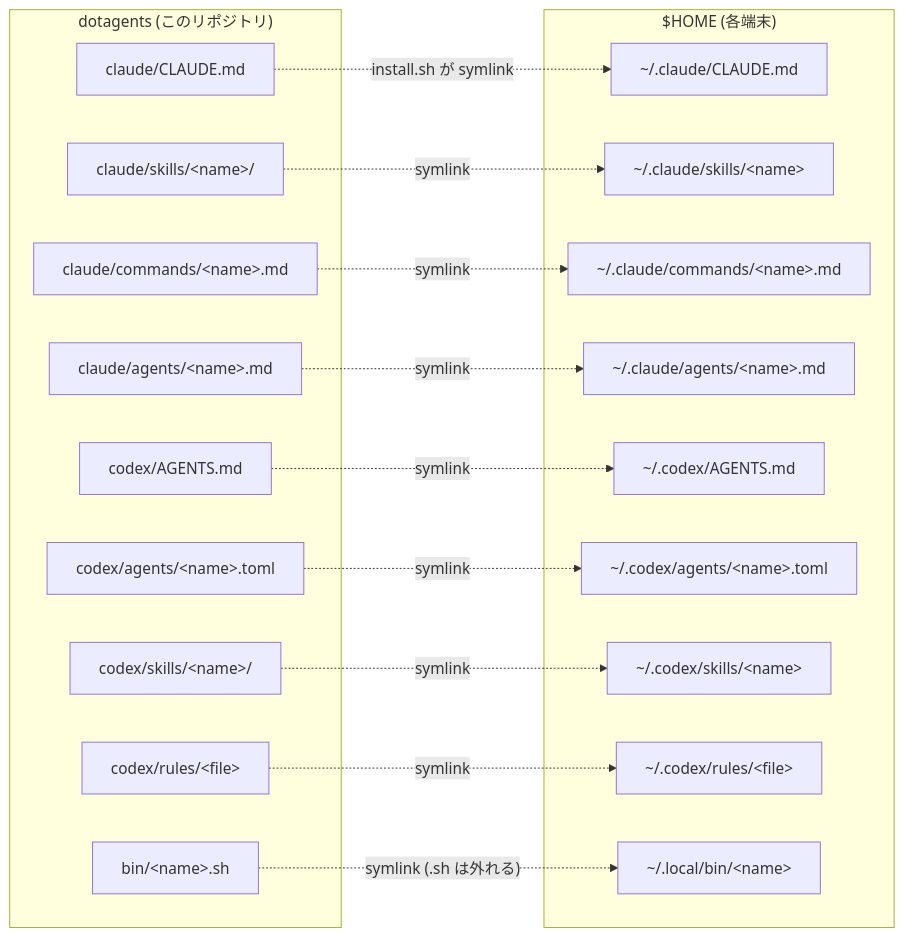
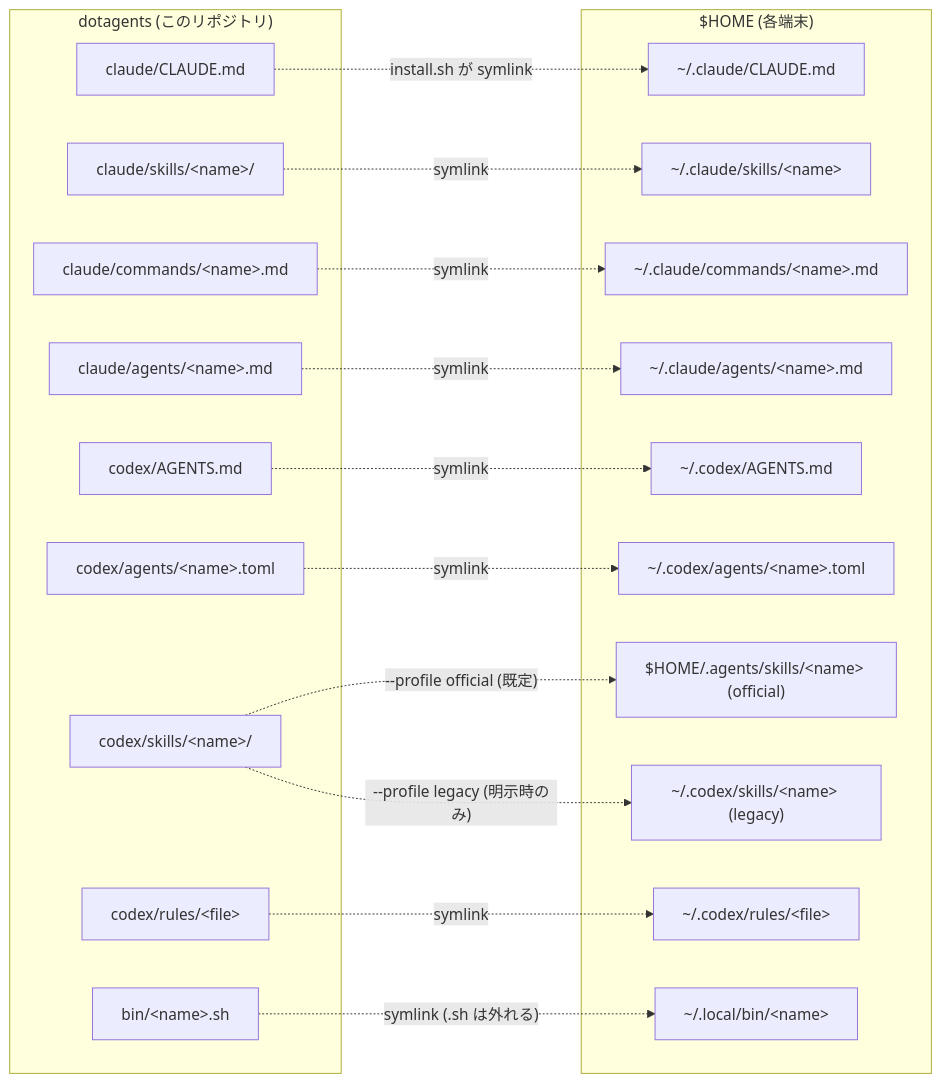
Before and after one commit to kitepon-rgb/dotagents: the diagram in README.md, drawn with Mermaid. The commit also changed other lines of this file and 20 other files, not shown here.

````diff
--- a/README.md
+++ b/README.md
@@ -31,34 +31,36 @@
 ```mermaid
 flowchart LR
   subgraph repo["dotagents (このリポジトリ)"]
     gcm["claude/CLAUDE.md"]
     cs["claude/skills/&lt;name&gt;/"]
     cc["claude/commands/&lt;name&gt;.md"]
     ca["claude/agents/&lt;name&gt;.md"]
     xam["codex/AGENTS.md"]
     xca["codex/agents/&lt;name&gt;.toml"]
     xs["codex/skills/&lt;name&gt;/"]
     xr["codex/rules/&lt;file&gt;"]
     bin["bin/&lt;name&gt;.sh"]
   end
   subgraph home["$HOME (各端末)"]
     hgcm["~/.claude/CLAUDE.md"]
     hcs["~/.claude/skills/&lt;name&gt;"]
     hcc["~/.claude/commands/&lt;name&gt;.md"]
     hca["~/.claude/agents/&lt;name&gt;.md"]
     hxam["~/.codex/AGENTS.md"]
     hxca["~/.codex/agents/&lt;name&gt;.toml"]
-    hxs["~/.codex/skills/&lt;name&gt;"]
+    hxs["$HOME/.agents/skills/&lt;name&gt; (official)"]
+    hxsl["~/.codex/skills/&lt;name&gt; (legacy)"]
     hxr["~/.codex/rules/&lt;file&gt;"]
     hbin["~/.local/bin/&lt;name&gt;"]
   end
   gcm -. "install.sh が symlink" .-> hgcm
   cs -. symlink .-> hcs
   cc -. symlink .-> hcc
   ca -. symlink .-> hca
   xam -. symlink .-> hxam
   xca -. symlink .-> hxca
-  xs -. symlink .-> hxs
+  xs -. "--profile official (既定)" .-> hxs
+  xs -. "--profile legacy (明示時のみ)" .-> hxsl
   xr -. symlink .-> hxr
   bin -. "symlink (.sh は外れる)" .-> hbin
 ```
````
